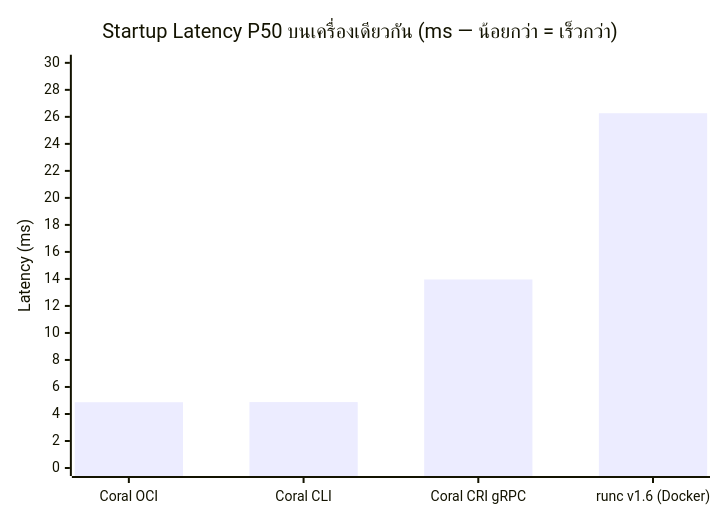
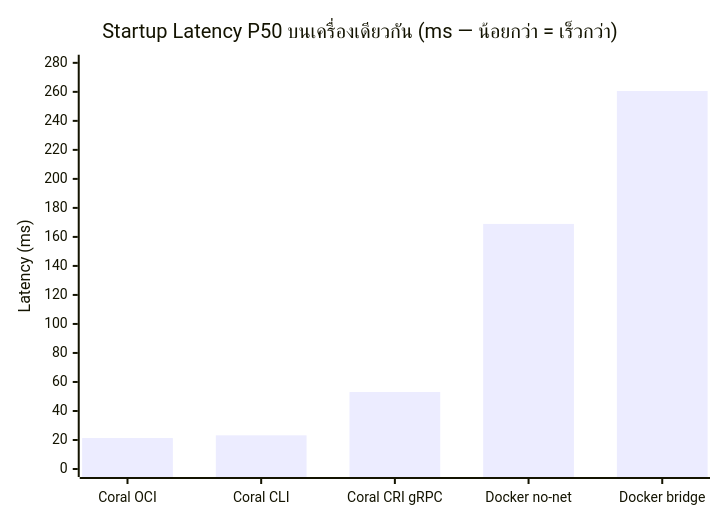
The first of 2 diagrams in coral_repo/docs/BENCHMARK.md (seashyne/Coral-Container-Project), drawn with Mermaid before and after one commit. The commit also changed other lines of this file and 375 other files, not shown here.

````diff
--- a/coral_repo/docs/BENCHMARK.md
+++ b/coral_repo/docs/BENCHMARK.md
@@ -46,7 +38,7 @@
 ```mermaid
 xychart-beta
     title "Startup Latency P50 บนเครื่องเดียวกัน (ms — น้อยกว่า = เร็วกว่า)"
-    x-axis ["Coral OCI", "Coral CLI", "Coral CRI gRPC", "runc v1.6 (Docker)"]
-    y-axis "Latency (ms)" 0 --> 30
-    bar [4.87, 4.88, 13.96, 26.27]
+    x-axis ["Coral OCI", "Coral CLI", "Coral CRI gRPC", "Docker no-net", "Docker bridge"]
+    y-axis "Latency (ms)" 0 --> 280
+    bar [21.34, 23.22, 53.07, 168.95, 260.58]
 ```
````
